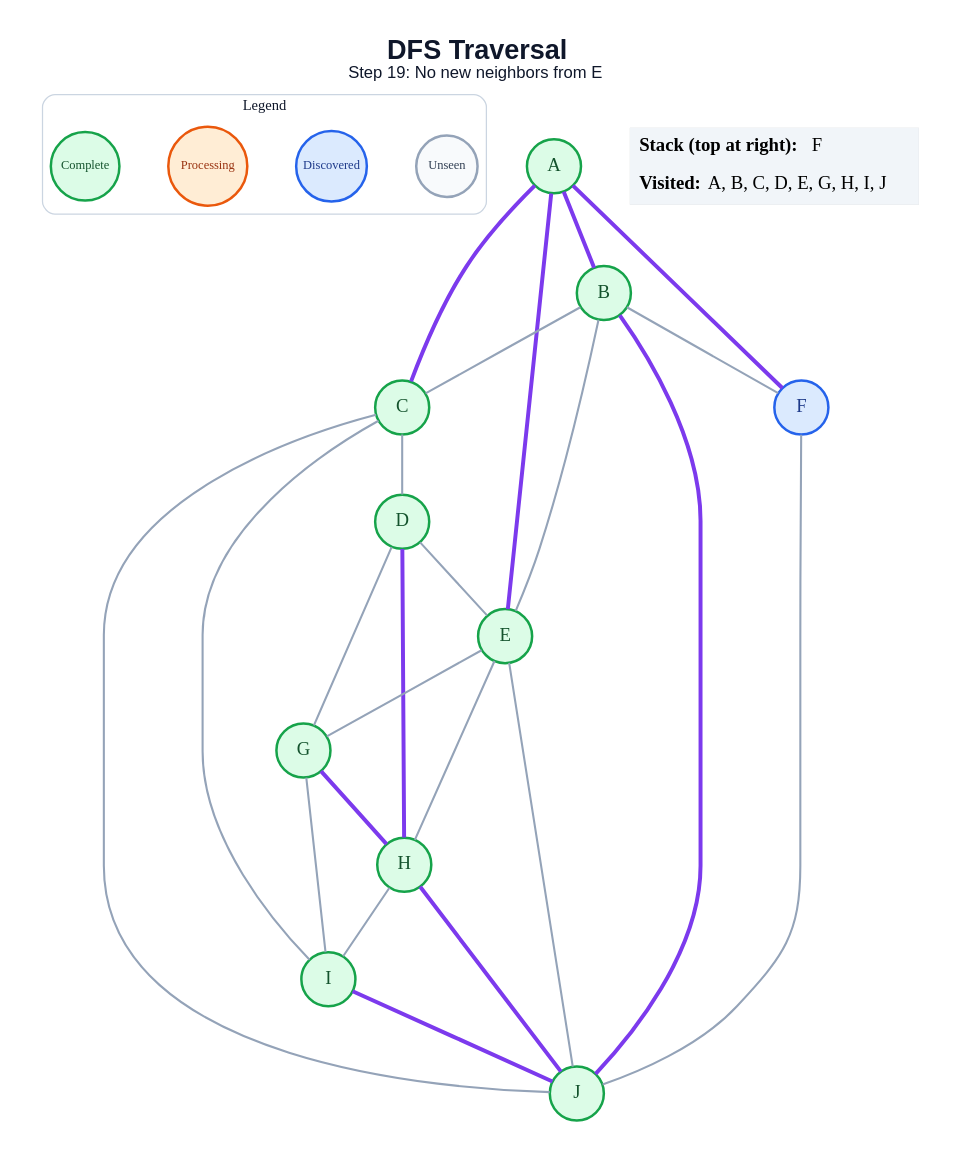
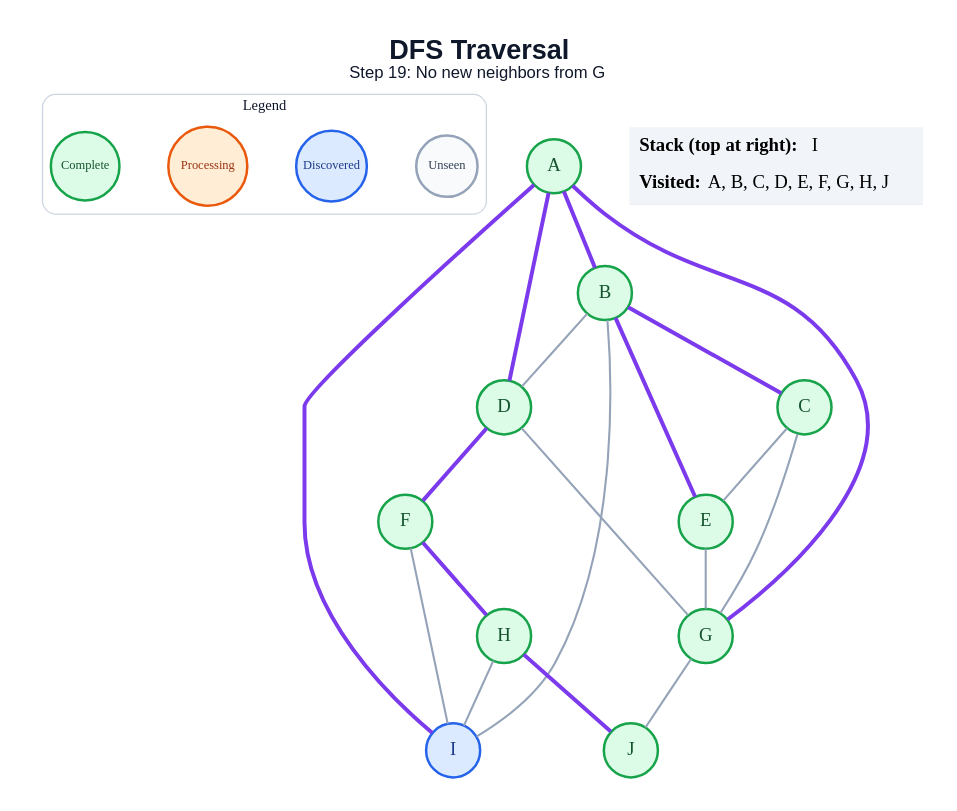
The diagram in generated/dfs/step_19.dot (amanghodawala9/ai-slop), drawn with Graphviz before and after one commit. The commit also changed 178 other files, not shown here.

```diff
--- a/generated/dfs/step_19.dot
+++ b/generated/dfs/step_19.dot
@@ -1,52 +1,47 @@
 graph traversal {
   graph [layout=dot, rankdir=TB, bgcolor="#FFFFFF", pad="0.35", nodesep="0.65", ranksep="0.8", fontname="Arial"];
   node [shape=circle, style="filled", fontname="Arial Bold", fontsize=18, width=0.72, fixedsize=true, penwidth=2.4];
   edge [color="#94A3B8", penwidth=2.0];
-  label=<<B>DFS Traversal</B><BR/><FONT POINT-SIZE="16">Step 19: No new neighbors from E</FONT>>; labelloc="t"; fontsize=26; fontname="Arial"; fontcolor="#0F172A";
+  label=<<B>DFS Traversal</B><BR/><FONT POINT-SIZE="16">Step 19: No new neighbors from G</FONT>>; labelloc="t"; fontsize=26; fontname="Arial"; fontcolor="#0F172A";
   subgraph cluster_legend { label="Legend"; color="#CBD5E1"; penwidth=1.2; style="rounded"; fontsize=14; fontname="Arial Bold";
     key_unseen [label="Unseen", fillcolor="#F8FAFC", color="#94A3B8", fontcolor="#334155", fontsize=12, width=0.82];
     key_frontier [label="Discovered", fillcolor="#DBEAFE", color="#2563EB", fontcolor="#1E3A8A", fontsize=12, width=0.95];
     key_current [label="Processing", fillcolor="#FFEDD5", color="#EA580C", fontcolor="#9A3412", fontsize=12, width=1.05];
     key_done [label="Complete", fillcolor="#DCFCE7", color="#16A34A", fontcolor="#14532D", fontsize=12, width=0.92];
     { rank=same; key_unseen; key_frontier; key_current; key_done; }
   }
   A [fillcolor="#DCFCE7", color="#16A34A", fontcolor="#14532D"];
   B [fillcolor="#DCFCE7", color="#16A34A", fontcolor="#14532D"];
   C [fillcolor="#DCFCE7", color="#16A34A", fontcolor="#14532D"];
   D [fillcolor="#DCFCE7", color="#16A34A", fontcolor="#14532D"];
   E [fillcolor="#DCFCE7", color="#16A34A", fontcolor="#14532D"];
-  F [fillcolor="#DBEAFE", color="#2563EB", fontcolor="#1E3A8A"];
+  F [fillcolor="#DCFCE7", color="#16A34A", fontcolor="#14532D"];
   G [fillcolor="#DCFCE7", color="#16A34A", fontcolor="#14532D"];
   H [fillcolor="#DCFCE7", color="#16A34A", fontcolor="#14532D"];
-  I [fillcolor="#DCFCE7", color="#16A34A", fontcolor="#14532D"];
+  I [fillcolor="#DBEAFE", color="#2563EB", fontcolor="#1E3A8A"];
   J [fillcolor="#DCFCE7", color="#16A34A", fontcolor="#14532D"];
   A -- B [color="#7C3AED", penwidth=3.8];
-  A -- C [color="#7C3AED", penwidth=3.8];
-  A -- E [color="#7C3AED", penwidth=3.8];
-  A -- F [color="#7C3AED", penwidth=3.8];
-  B -- C;
-  B -- E;
-  B -- F;
-  B -- J [color="#7C3AED", penwidth=3.8];
-  C -- D;
-  C -- I;
-  C -- J;
-  D -- E;
+  A -- D [color="#7C3AED", penwidth=3.8];
+  A -- G [color="#7C3AED", penwidth=3.8];
+  A -- I [color="#7C3AED", penwidth=3.8];
+  B -- C [color="#7C3AED", penwidth=3.8];
+  B -- D;
+  B -- E [color="#7C3AED", penwidth=3.8];
+  B -- I;
+  C -- E;
+  C -- G;
+  D -- F [color="#7C3AED", penwidth=3.8];
   D -- G;
-  D -- H [color="#7C3AED", penwidth=3.8];
   E -- G;
-  E -- H;
-  E -- J;
-  F -- J;
-  G -- H [color="#7C3AED", penwidth=3.8];
-  G -- I;
+  F -- H [color="#7C3AED", penwidth=3.8];
+  F -- I;
+  G -- J;
   H -- I;
   H -- J [color="#7C3AED", penwidth=3.8];
-  I -- J [color="#7C3AED", penwidth=3.8];
   status [shape=plain, fixedsize=false, width=0, height=0, margin=0, label=<
     <TABLE BORDER="0" CELLBORDER="0" CELLPADDING="7" BGCOLOR="#F1F5F9">
-      <TR><TD ALIGN="LEFT"><B>Stack (top at right):</B> F</TD></TR>
-      <TR><TD ALIGN="LEFT"><B>Visited:</B> A, B, C, D, E, G, H, I, J</TD></TR>
+      <TR><TD ALIGN="LEFT"><B>Stack (top at right):</B> I</TD></TR>
+      <TR><TD ALIGN="LEFT"><B>Visited:</B> A, B, C, D, E, F, G, H, J</TD></TR>
     </TABLE>
   >];
 }
```
